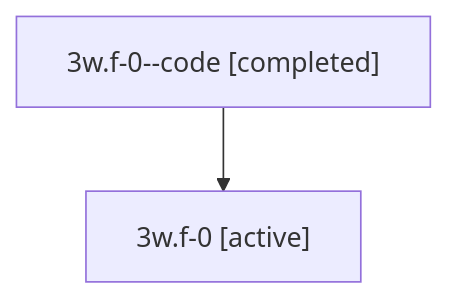
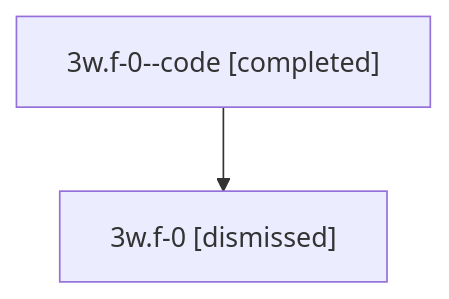
The diagram in sessions/bbugyi200.athena.3w.f-0.md (sase-org/sase--agents), drawn with Mermaid before and after one commit. The commit also changed other lines of this file and 57 other files, not shown here.

````diff
--- a/sessions/bbugyi200.athena.3w.f-0.md
+++ b/sessions/bbugyi200.athena.3w.f-0.md
@@ -9,6 +9,6 @@
 ```mermaid
 flowchart TD
   n0["3w.f-0--code [completed]"]
-  n1["3w.f-0 [active]"]
+  n1["3w.f-0 [dismissed]"]
   n0 --> n1
 ```
````
